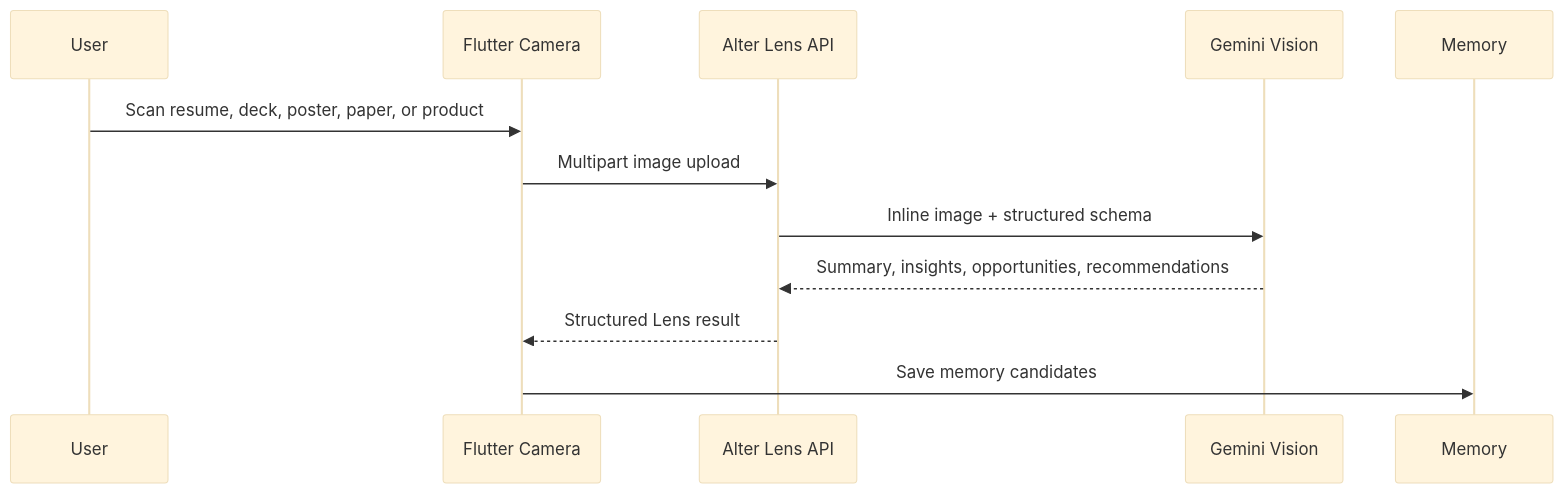
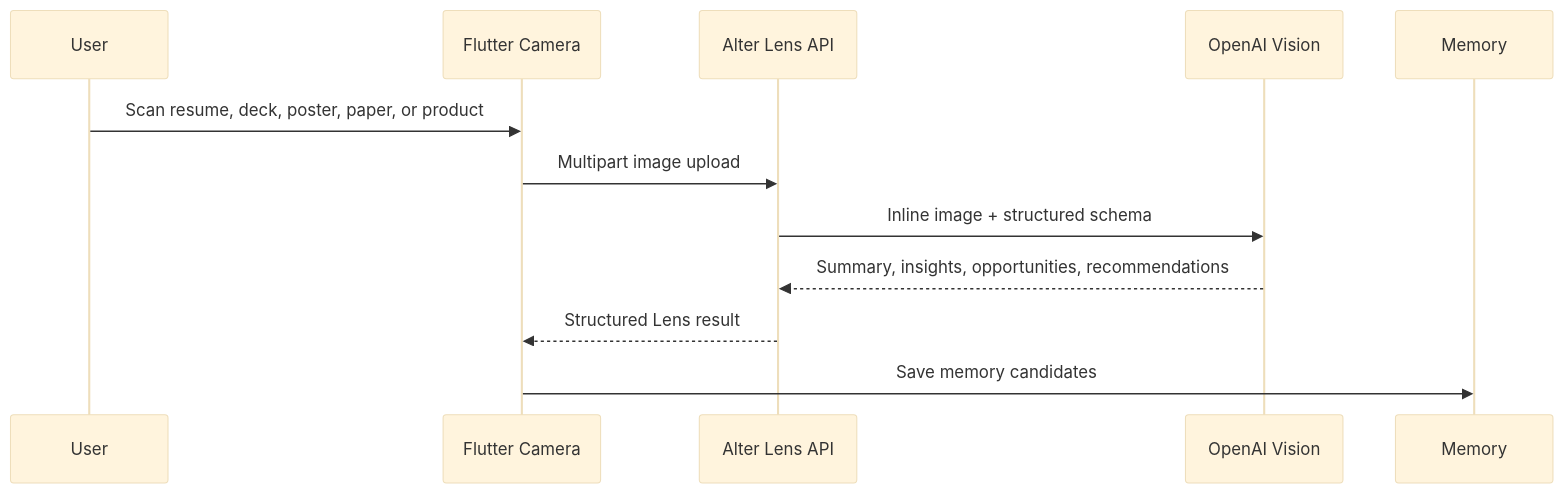
Diagram 12 of 16 in docs/alter_unicorn_launch_blueprint.md (Induj1/alterAI), drawn with Mermaid (base theme) before and after one commit. The commit also changed other lines of this file and 24 other files, not shown here.

````diff
--- a/docs/alter_unicorn_launch_blueprint.md
+++ b/docs/alter_unicorn_launch_blueprint.md
@@ -520,15 +520,15 @@
 ```mermaid
 sequenceDiagram
   participant U as User
   participant F as Flutter Camera
   participant B as Alter Lens API
-  participant G as Gemini Vision
+  participant O as OpenAI Vision
   participant M as Memory
 
   U->>F: Scan resume, deck, poster, paper, or product
   F->>B: Multipart image upload
-  B->>G: Inline image + structured schema
-  G-->>B: Summary, insights, opportunities, recommendations
+  B->>O: Inline image + structured schema
+  O-->>B: Summary, insights, opportunities, recommendations
   B-->>F: Structured Lens result
   F->>M: Save memory candidates
 ```
````
